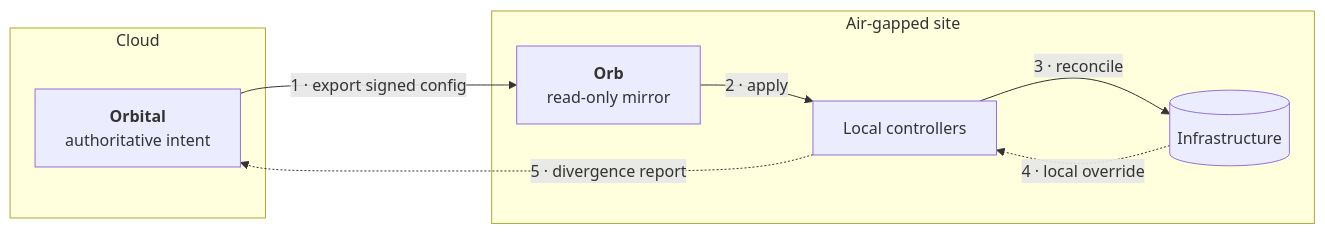
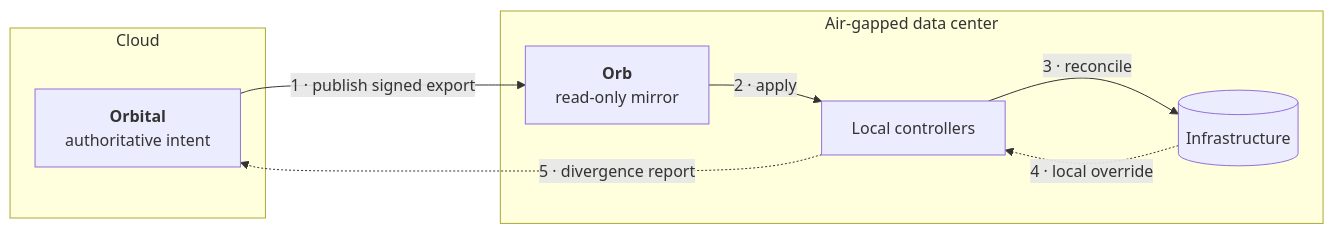
One commit to danieldn-aramada/orbital changed the diagram in docs/site/content/concepts/design-intent.md. Above: the diagram before and after it, drawn with Mermaid. The commit also changed other lines of this file and 53 other files, not shown here.

````diff
--- a/docs/site/content/concepts/design-intent.md
+++ b/docs/site/content/concepts/design-intent.md
@@ -16,16 +16,16 @@
 ```mermaid
 flowchart LR
   subgraph CLOUD["Cloud"]
     O["<b>Orbital</b><br/>authoritative intent"]
   end
-  subgraph SITE["Air-gapped site"]
+  subgraph EDGE["Air-gapped data center"]
     B["<b>Orb</b><br/>read-only mirror"]
     K["Local controllers"]
     I[("Infrastructure")]
   end
-  O -- "1 · export signed config" --> B
+  O -- "1 · publish signed export" --> B
   B -- "2 · apply" --> K
   K -- "3 · reconcile" --> I
   I -. "4 · local override" .-> K
   K -. "5 · divergence report" .-> O
 ```
````
